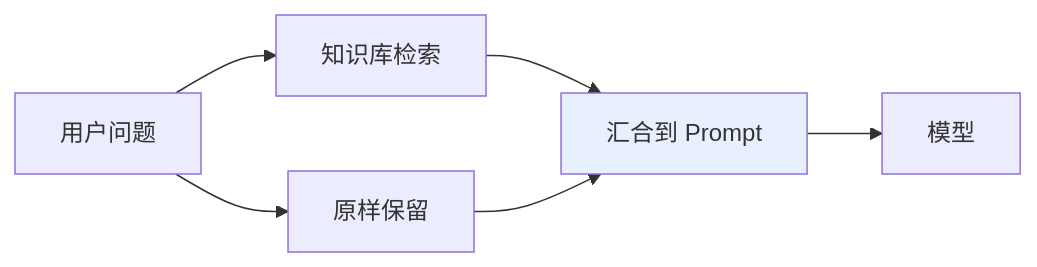
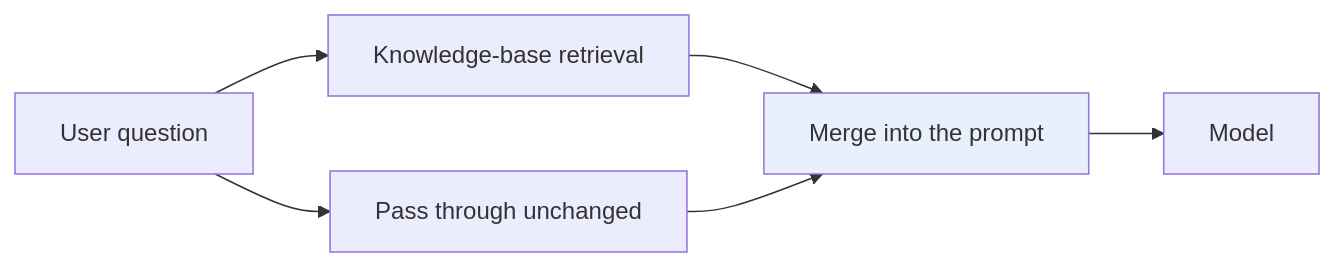
One commit to oneleaveknowsthefall/awesome-ai-roadmap changed the first of 3 diagrams in docs/frameworks/01-langchain/01-foundations/02-chain-and-lcel.md. Above: the diagram before and after it, drawn with Mermaid. The commit also changed other lines of this file and 70 other files, not shown here.

````diff
--- a/docs/frameworks/01-langchain/01-foundations/02-chain-and-lcel.md
+++ b/docs/frameworks/01-langchain/01-foundations/02-chain-and-lcel.md
@@ -42,10 +42,10 @@
 ```mermaid
 flowchart LR
-    Q["用户问题"] --> R["知识库检索"]
-    Q --> P["原样保留"]
-    R --> M["汇合到 Prompt"]
+    Q["User question"] --> R["Knowledge-base retrieval"]
+    Q --> P["Pass through unchanged"]
+    R --> M["Merge into the prompt"]
     P --> M
-    M --> L["模型"]
+    M --> L["Model"]
 
     style M fill:#e8f0fe
 ```
````
